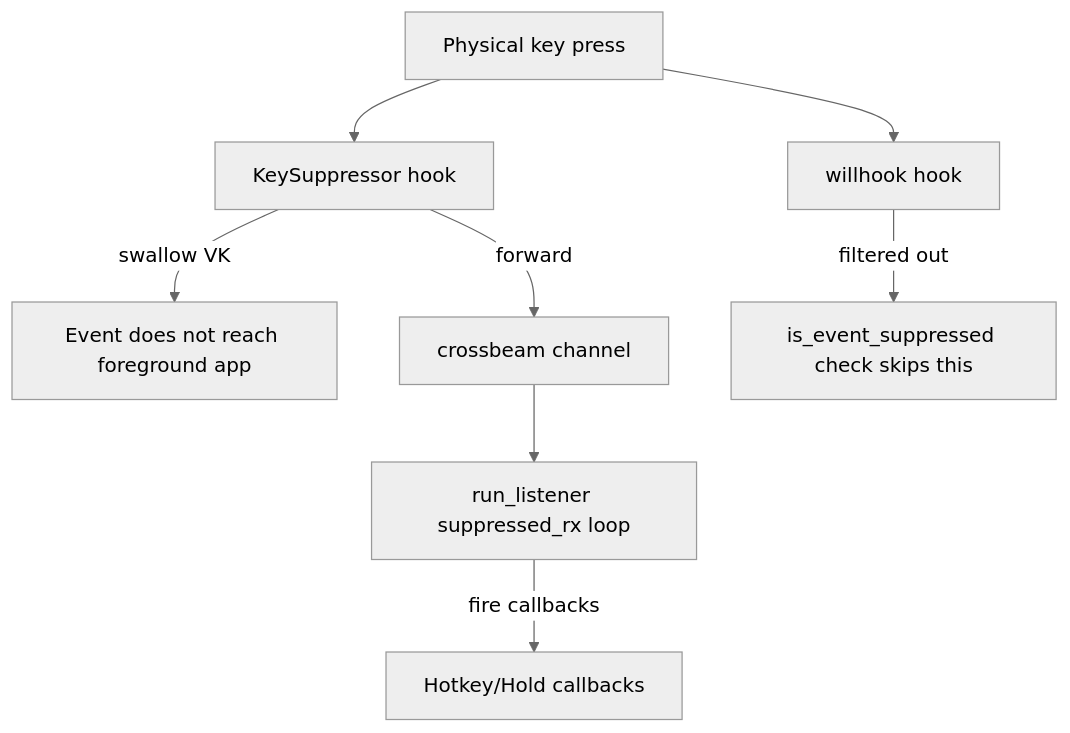
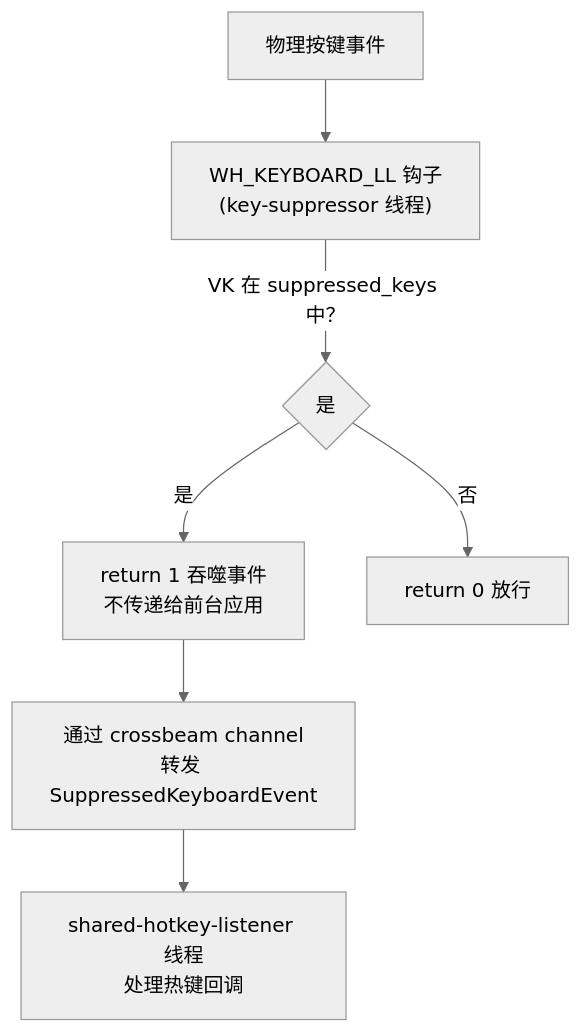
One commit to IZRINO/delta-auto-tools changed the diagram in droid-wiki/systems/key-suppressor.md. Above: the diagram before and after it, drawn with Mermaid (neutral theme). The commit also changed other lines of this file and 36 other files, not shown here.

````diff
--- a/droid-wiki/systems/key-suppressor.md
+++ b/droid-wiki/systems/key-suppressor.md
@@ -9,10 +11,9 @@
 ```mermaid
 graph TD
-    PhysKey["Physical key press"] --> Hk1["willhook hook"]
-    PhysKey --> Hk2["KeySuppressor hook"]
-    Hk2 -->|swallow VK| Swallow["Event does not reach foreground app"]
-    Hk2 -->|forward| Chan["crossbeam channel"]
-    Chan --> Listener["run_listener suppressed_rx loop"]
-    Listener -->|fire callbacks| Apps["Hotkey/Hold callbacks"]
-    Hk1 -->|filtered out| Skip["is_event_suppressed check skips this"]
+    PhysKey["物理按键事件"] --> LLHook["WH_KEYBOARD_LL 钩子<br/>(key-suppressor 线程)"]
+    LLHook -->|VK 在 suppressed_keys 中？| Check{"是"}
+    Check -->|是| Swallow["return 1 吞噬事件<br/>不传递给前台应用"]
+    Check -->|否| Pass["return 0 放行"]
+    Swallow --> Forward["通过 crossbeam channel<br/>转发 SuppressedKeyboardEvent"]
+    Forward --> HotkeyListener["shared-hotkey-listener 线程<br/>处理热键回调"]
 ```
````
